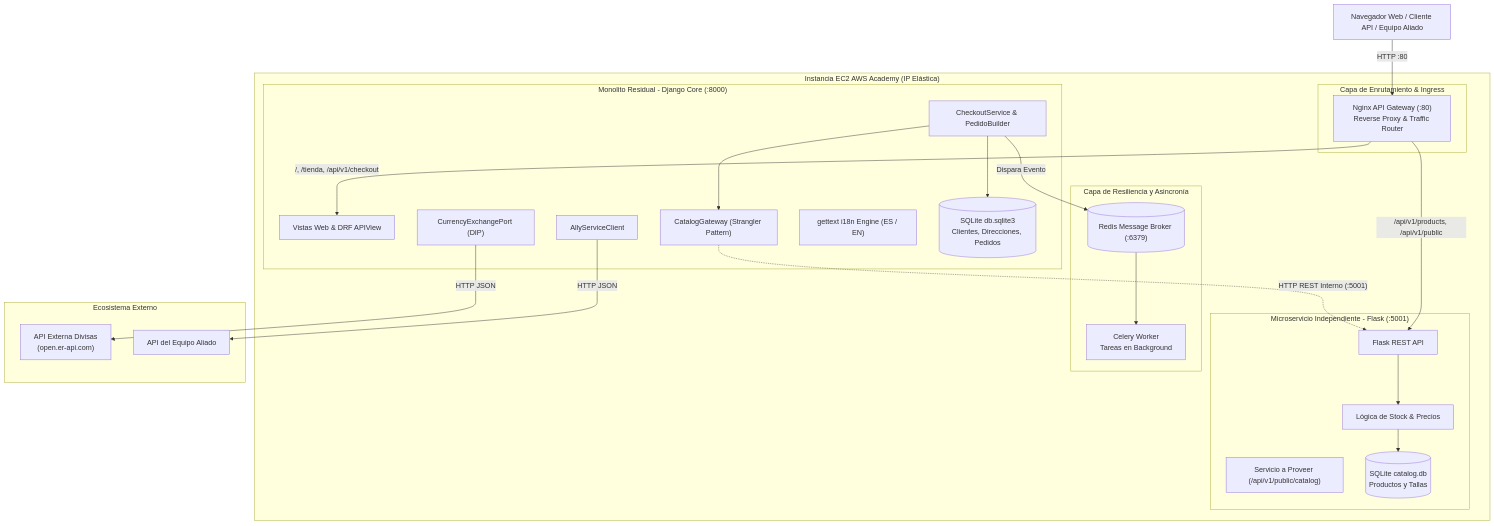
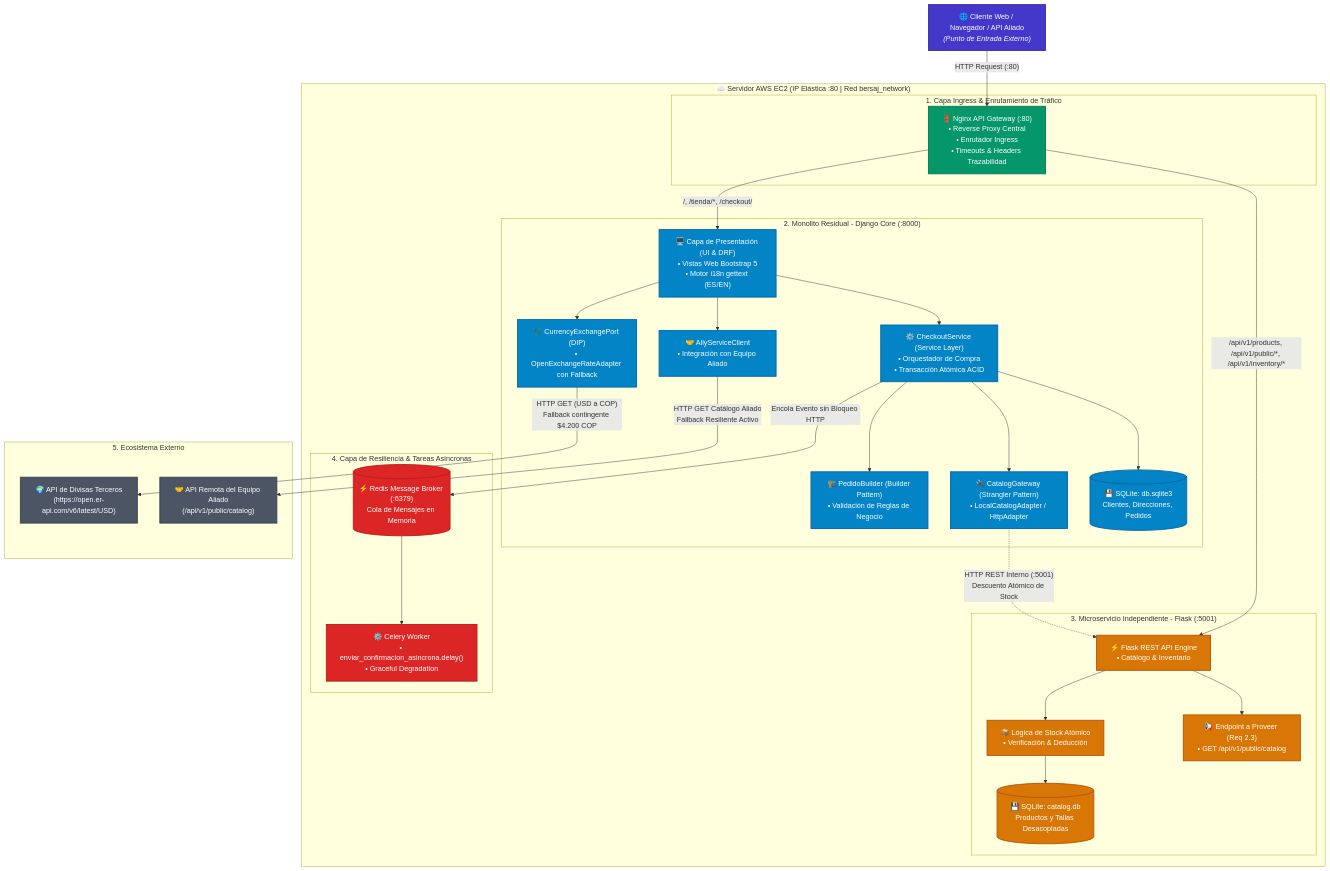
One commit to AdyuerHack/e-comerce-bersaj changed the first of 2 diagrams in ARCHITECTURE.md. Above: the diagram before and after it, drawn with Mermaid.

Commit message:
docs: improve architecture diagram clarity with styled nodes and ports in ARCHITECTURE.md

````diff
--- a/ARCHITECTURE.md
+++ b/ARCHITECTURE.md
@@ -15,54 +15,80 @@
 ```mermaid
 flowchart TD
-    Client["Navegador Web / Cliente API / Equipo Aliado"]
+    Client["🌐 Cliente Web / Navegador / API Aliado<br><i>(Punto de Entrada Externo)</i>"]
 
-    subgraph AWS["Instancia EC2 AWS Academy (IP Elástica)"]
-        subgraph Gateway["Capa de Enrutamiento & Ingress"]
-            Nginx["Nginx API Gateway (:80)<br>Reverse Proxy & Traffic Router"]
+    subgraph AWS["☁️ Servidor AWS EC2 (IP Elástica :80 | Red bersaj_network)"]
+        
+        subgraph Gateway["1. Capa Ingress & Enrutamiento de Tráfico"]
+            Nginx["🚪 Nginx API Gateway (:80)<br>• Reverse Proxy Central<br>• Enrutador Ingress<br>• Timeouts & Headers Trazabilidad"]
         end
 
-        subgraph Core["Monolito Residual - Django Core (:8000)"]
-            DjangoViews["Vistas Web & DRF APIView"]
-            CheckoutSvc["CheckoutService & PedidoBuilder"]
-            CatalogClient["CatalogGateway (Strangler Pattern)"]
-            AdapterDIP["CurrencyExchangePort (DIP)"]
-            AllyClient["AllyServiceClient"]
-            i18n["gettext i18n Engine (ES / EN)"]
-            DjangoDB[("SQLite db.sqlite3<br>Clientes, Direcciones, Pedidos")]
+        subgraph Core["2. Monolito Residual - Django Core (:8000)"]
+            DjangoViews["🖥️ Capa de Presentación (UI & DRF)<br>• Vistas Web Bootstrap 5<br>• Motor i18n gettext (ES/EN)"]
+            CheckoutSvc["⚙️ CheckoutService (Service Layer)<br>• Orquestador de Compra<br>• Transacción Atómica ACID"]
+            Builder["🏗️ PedidoBuilder (Builder Pattern)<br>• Validación de Reglas de Negocio"]
+            CatalogClient["🔌 CatalogGateway (Strangler Pattern)<br>• LocalCatalogAdapter / HttpAdapter"]
+            AdapterDIP["💱 CurrencyExchangePort (DIP)<br>• OpenExchangeRateAdapter con Fallback"]
+            AllyClient["🤝 AllyServiceClient<br>• Integración con Equipo Aliado"]
+            DjangoDB[("💾 SQLite: db.sqlite3<br>Clientes, Direcciones, Pedidos")]
+            
+            DjangoViews --> CheckoutSvc
+            CheckoutSvc --> Builder
+            CheckoutSvc --> CatalogClient
+            CheckoutSvc --> DjangoDB
+            DjangoViews --> AdapterDIP
+            DjangoViews --> AllyClient
         end
 
-        subgraph Microservice["Microservicio Independiente - Flask (:5001)"]
-            FlaskAPI["Flask REST API"]
-            CatalogEngine["Lógica de Stock & Precios"]
-            PublicAPI["Servicio a Proveer (/api/v1/public/catalog)"]
-            CatalogDB[("SQLite catalog.db<br>Productos y Tallas")]
+        subgraph Microservice["3. Microservicio Independiente - Flask (:5001)"]
+            FlaskAPI["⚡ Flask REST API Engine<br>• Catálogo & Inventario"]
+            CatalogEngine["📦 Lógica de Stock Atómico<br>• Verificación & Deducción"]
+            PublicAPI["📢 Endpoint a Proveer (Req 2.3)<br>• GET /api/v1/public/catalog"]
+            CatalogDB[("💾 SQLite: catalog.db<br>Productos y Tallas Desacopladas")]
+
+            FlaskAPI --> CatalogEngine
+            FlaskAPI --> PublicAPI
+            CatalogEngine --> CatalogDB
         end
 
-        subgraph Asynchronous["Capa de Resiliencia y Asincronía"]
-            Redis[("Redis Message Broker (:6379)")]
-            CeleryWorker["Celery Worker<br>Tareas en Background"]
+        subgraph Asynchronous["4. Capa de Resiliencia & Tareas Asíncronas"]
+            Redis[("⚡ Redis Message Broker (:6379)<br>Cola de Mensajes en Memoria")]
+            CeleryWorker["⚙️ Celery Worker<br>• enviar_confirmacion_asincrona.delay()<br>• Graceful Degradation"]
+            Redis --> CeleryWorker
         end
     end
 
-    subgraph External["Ecosistema Externo"]
-        ThirdPartyAPI["API Externa Divisas<br>(open.er-api.com)"]
-        AllyAPI["API del Equipo Aliado"]
+    subgraph External["5. Ecosistema Externo"]
+        ThirdPartyAPI["🌍 API de Divisas Terceros<br>(https://open.er-api.com/v6/latest/USD)"]
+        AllyAPI["🤝 API Remota del Equipo Aliado<br>(/api/v1/public/catalog)"]
     end
 
-    %% Flujos de Red
-    Client -->|HTTP :80| Nginx
-    Nginx -->|"/api/v1/products, /api/v1/public"| FlaskAPI
-    Nginx -->|"/, /tienda, /api/v1/checkout"| DjangoViews
+    %% Flujos de Red Principales
+    Client -->|"HTTP Request (:80)"| Nginx
+    Nginx -->|"/, /tienda/*, /checkout/"| DjangoViews
+    Nginx -->|"/api/v1/products, /api/v1/public/*, /api/v1/inventory/*"| FlaskAPI
 
-    CatalogClient -.->|"HTTP REST Interno (:5001)"| FlaskAPI
-    CheckoutSvc --> CatalogClient
-    CheckoutSvc --> DjangoDB
-    CheckoutSvc -->|Dispara Evento| Redis
-    Redis --> CeleryWorker
+    %% Comunicación entre Microservicios (Strangler Fig)
+    CatalogClient -.->|"HTTP REST Interno (:5001)<br>Descuento Atómico de Stock"| FlaskAPI
 
-    AdapterDIP -->|HTTP JSON| ThirdPartyAPI
-    AllyClient -->|HTTP JSON| AllyAPI
+    %% Desacoplamiento Asíncrono
+    CheckoutSvc -->|"Encola Evento sin Bloqueo HTTP"| Redis
 
-    FlaskAPI --> CatalogEngine
-    CatalogEngine --> CatalogDB
+    %% Integraciones Externas
+    AdapterDIP -->|"HTTP GET (USD a COP)<br>Fallback contingente $4.200 COP"| ThirdPartyAPI
+    AllyClient -->|"HTTP GET Catálogo Aliado<br>Fallback Resiliente Activo"| AllyAPI
+
+    %% Estilos de Nodos
+    classDef nginxStyle fill:#059669,stroke:#047857,stroke-width:2px,color:#ffffff;
+    classDef djangoStyle fill:#0284c7,stroke:#0369a1,stroke-width:2px,color:#ffffff;
+    classDef flaskStyle fill:#d97706,stroke:#b45309,stroke-width:2px,color:#ffffff;
+    classDef asyncStyle fill:#dc2626,stroke:#b91c1c,stroke-width:2px,color:#ffffff;
+    classDef extStyle fill:#4b5563,stroke:#374151,stroke-width:2px,color:#ffffff;
+    classDef clientStyle fill:#4338ca,stroke:#3730a3,stroke-width:2px,color:#ffffff;
+
+    class Nginx nginxStyle;
+    class DjangoViews,CheckoutSvc,Builder,CatalogClient,AdapterDIP,AllyClient,DjangoDB djangoStyle;
+    class FlaskAPI,CatalogEngine,PublicAPI,CatalogDB flaskStyle;
+    class Redis,CeleryWorker asyncStyle;
+    class ThirdPartyAPI,AllyAPI extStyle;
+    class Client clientStyle;
 ```
````
